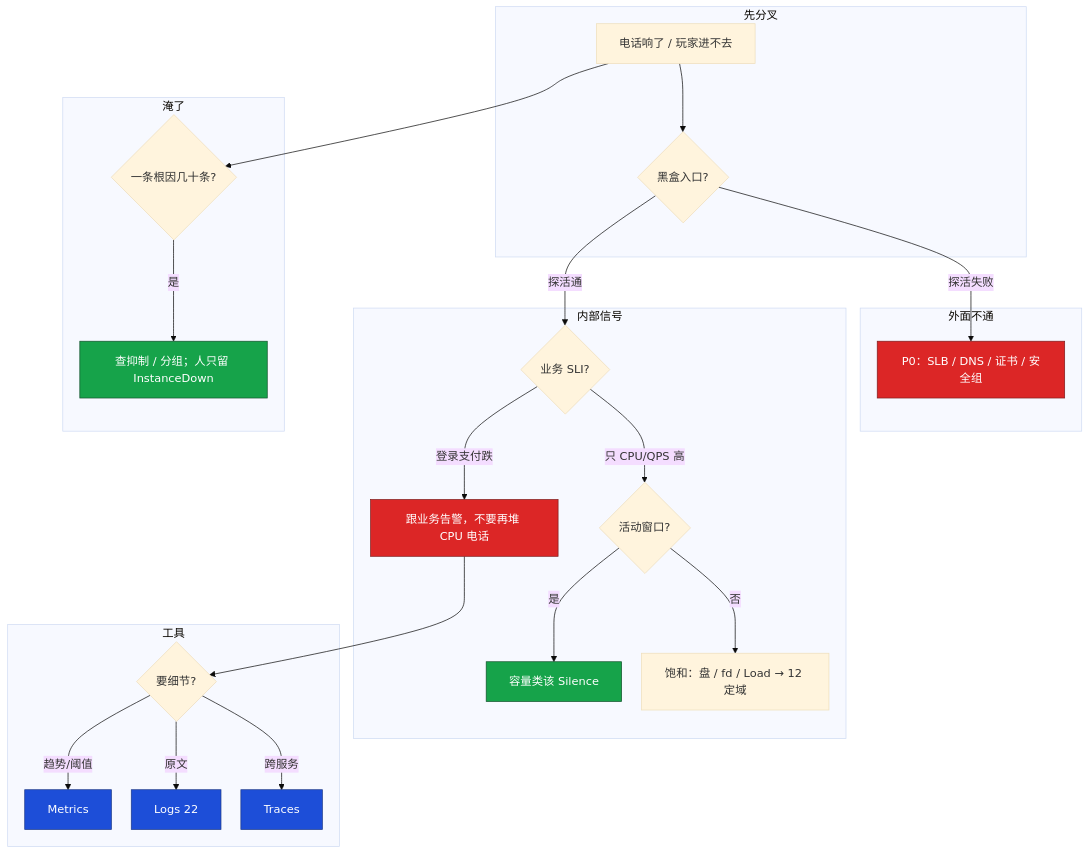
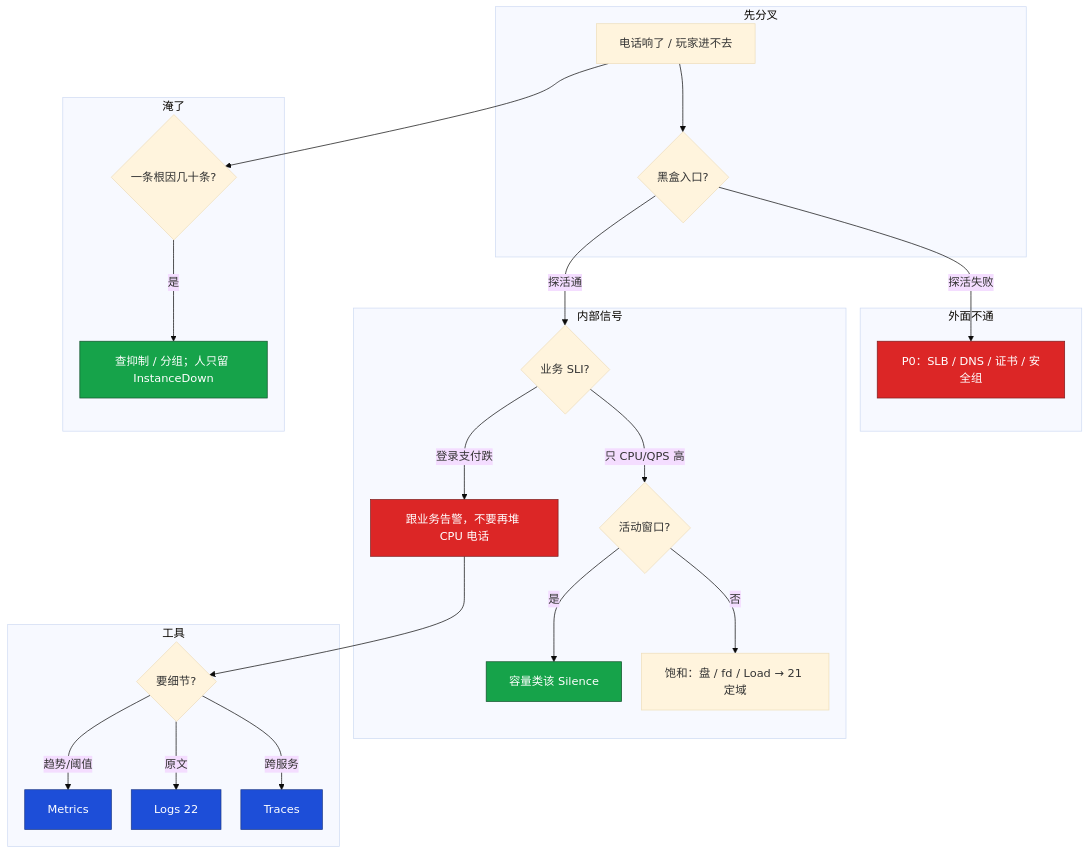
The seventh of 7 diagrams in 01-基础底座/22-监控与告警/知识点.md (ml-cuizijun/LearnToLilith), drawn with Mermaid before and after one commit. The commit also changed other lines of this file and 56 other files, not shown here.

````diff
--- a/01-基础底座/22-监控与告警/知识点.md
+++ b/01-基础底座/22-监控与告警/知识点.md
@@ -829,38 +829,38 @@
 ```mermaid
 %%{init: {"flowchart": {"padding": 16, "nodeSpacing": 28, "rankSpacing": 48}, "theme": "base"}}%%
 flowchart TB
     subgraph gate ["先分叉"]
         A[电话响了 / 玩家进不去] --> B{黑盒入口?}
     end
 
     subgraph ext ["外面不通"]
         B -->|探活失败| C[P0：SLB / DNS / 证书 / 安全组]
     end
 
     subgraph inn ["内部信号"]
         B -->|探活通| D{业务 SLI?}
         D -->|登录支付跌| E[跟业务告警，不要再堆 CPU 电话]
         D -->|只 CPU/QPS 高| F{活动窗口?}
         F -->|是| G[容量类该 Silence]
-        F -->|否| H[饱和：盘 / fd / Load → 12 定域]
+        F -->|否| H[饱和：盘 / fd / Load → 21 定域]
     end
 
     subgraph noise ["淹了"]
         A --> I{一条根因几十条?}
         I -->|是| J[查抑制 / 分组；人只留 InstanceDown]
     end
 
     subgraph pillar ["工具"]
         E --> K{要细节?}
         K -->|趋势/阈值| M[Metrics]
         K -->|原文| L[Logs 22]
         K -->|跨服务| T[Traces]
     end
 
     classDef bad fill:#DC2626,stroke:#7F1D1D,color:#fff
     classDef ok fill:#16A34A,stroke:#14532D,color:#fff
     classDef mid fill:#1D4ED8,stroke:#1E3A8A,color:#fff
     class C,E bad
     class G,J ok
     class M,L,T mid
 ```
````
